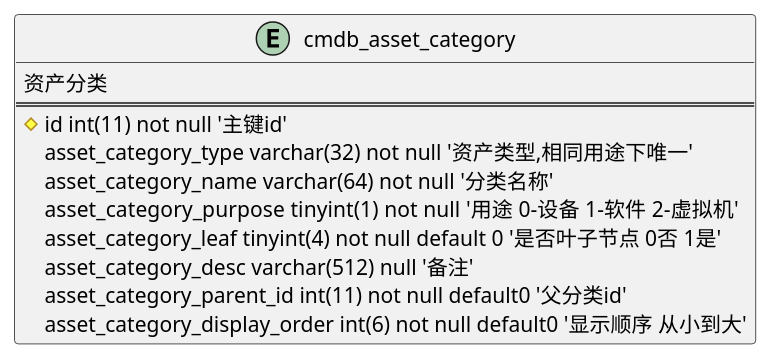
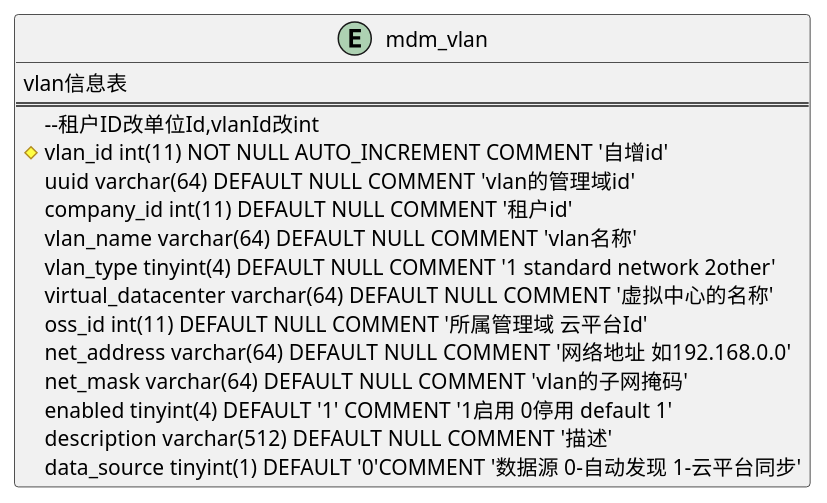
Before and after one commit to liuchun2000/plantuml2mysql: the diagram in README.md, drawn with PlantUML. The commit also changed other lines of this file and 3 other files, not shown here.

Commit message:
varchar default value

````diff
--- a/README.md
+++ b/README.md
@@ -16,14 +16,19 @@
 ```plantuml
-entity cmdb_asset_category {
-  资产分类
+entity mdm_vlan {
+  vlan信息表
   ==
-  #id int(11) not null '主键id'
-  asset_category_type varchar(32) not null '资产类型,相同用途下唯一'
-  asset_category_name varchar(64) not null '分类名称'
-  asset_category_purpose tinyint(1) not null  '用途 0-设备 1-软件 2-虚拟机'
-  asset_category_leaf tinyint(4) not null default 0 '是否叶子节点 0否 1是'
-  asset_category_desc varchar(512) null '备注'
-  asset_category_parent_id int(11) not null default0 '父分类id'
-  asset_category_display_order int(6) not null default0 '显示顺序 从小到大'
+  --租户ID改单位Id,vlanId改int
+  #vlan_id int(11) NOT NULL AUTO_INCREMENT COMMENT '自增id'
+  uuid varchar(64)  DEFAULT NULL COMMENT 'vlan的管理域id'
+  company_id int(11) DEFAULT NULL COMMENT '租户id'
+  vlan_name varchar(64)  DEFAULT NULL COMMENT 'vlan名称'
+  vlan_type tinyint(4) DEFAULT NULL COMMENT '1 standard network 2other'
+  virtual_datacenter varchar(64)  DEFAULT NULL COMMENT '虚拟中心的名称'
+  oss_id int(11) DEFAULT NULL COMMENT '所属管理域 云平台Id'
+  net_address varchar(64)  DEFAULT NULL COMMENT '网络地址 如192.168.0.0'
+  net_mask varchar(64)  DEFAULT NULL COMMENT 'vlan的子网掩码'
+  enabled tinyint(4) DEFAULT '1' COMMENT '1启用 0停用 default 1'
+  description varchar(512)  DEFAULT NULL COMMENT '描述'
+  data_source tinyint(1) DEFAULT '0'COMMENT '数据源 0-自动发现 1-云平台同步'
 }
 ```
````
